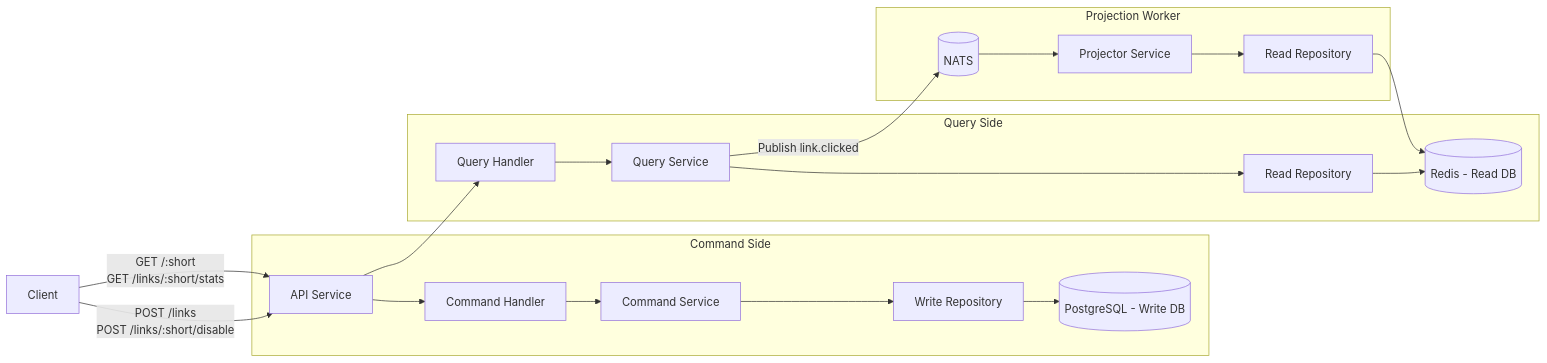
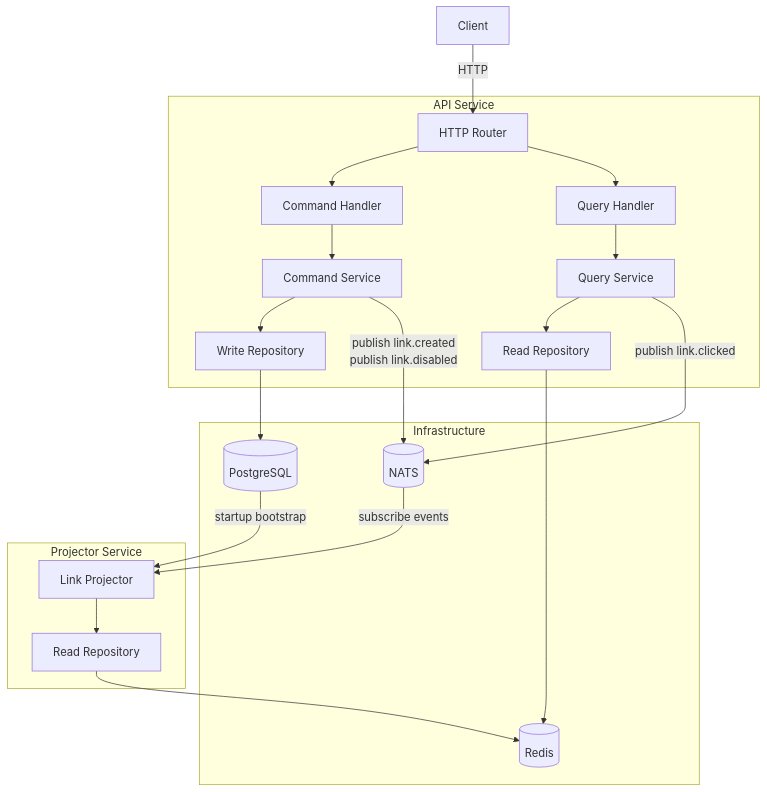
The diagram in README.md (MoeeinAali/url-shortener), drawn with Mermaid before and after one commit. The commit also changed other lines of this file, not shown here.

Commit message:
fix: Architecture Diagram

````diff
--- a/README.md
+++ b/README.md
@@ -45,27 +45,44 @@
 ```mermaid
-flowchart LR
-  Client[Client] -->|POST /links\nPOST /links/:short/disable| API[API Service]
-  Client -->|GET /:short\nGET /links/:short/stats| API
+flowchart TB
+  Client[Client]
 
-  subgraph Command Side
-    API --> CH[Command Handler]
-    CH --> CS[Command Service]
-    CS --> WR[Write Repository]
-    WR --> PG[(PostgreSQL - Write DB)]
+  subgraph API_LAYER[API Service]
+    API[HTTP Router]
+    CH[Command Handler]
+    QH[Query Handler]
+    CS[Command Service]
+    QS[Query Service]
+    WRepo[Write Repository]
+    RRepo[Read Repository]
+
+    API --> CH
+    API --> QH
+    CH --> CS
+    QH --> QS
+    CS --> WRepo
+    QS --> RRepo
   end
 
-  subgraph Query Side
-    API --> QH[Query Handler]
-    QH --> QS[Query Service]
-    QS --> RR[Read Repository]
-    RR --> REDIS[(Redis - Read DB)]
+  subgraph INFRA[Infrastructure]
+    PG[(PostgreSQL)]
+    REDIS[(Redis)]
+    NATS[(NATS)]
   end
 
-  QS -->|Publish link.clicked| NATS[(NATS)]
+  subgraph PROJECTOR[Projector Service]
+    PRJ[Link Projector]
+    PRJ_REPO[Read Repository]
+    PRJ --> PRJ_REPO
+  end
 
-  subgraph Projection Worker
-    NATS --> PRJ[Projector Service]
-    PRJ --> RR2[Read Repository]
-    RR2 --> REDIS
-  end
+  Client -->|HTTP| API
+  WRepo --> PG
+  RRepo --> REDIS
+
+  CS -->|publish link.created\npublish link.disabled| NATS
+  QS -->|publish link.clicked| NATS
+
+  PG -->|startup bootstrap| PRJ
+  NATS -->|subscribe events| PRJ
+  PRJ_REPO --> REDIS
 ```
````
